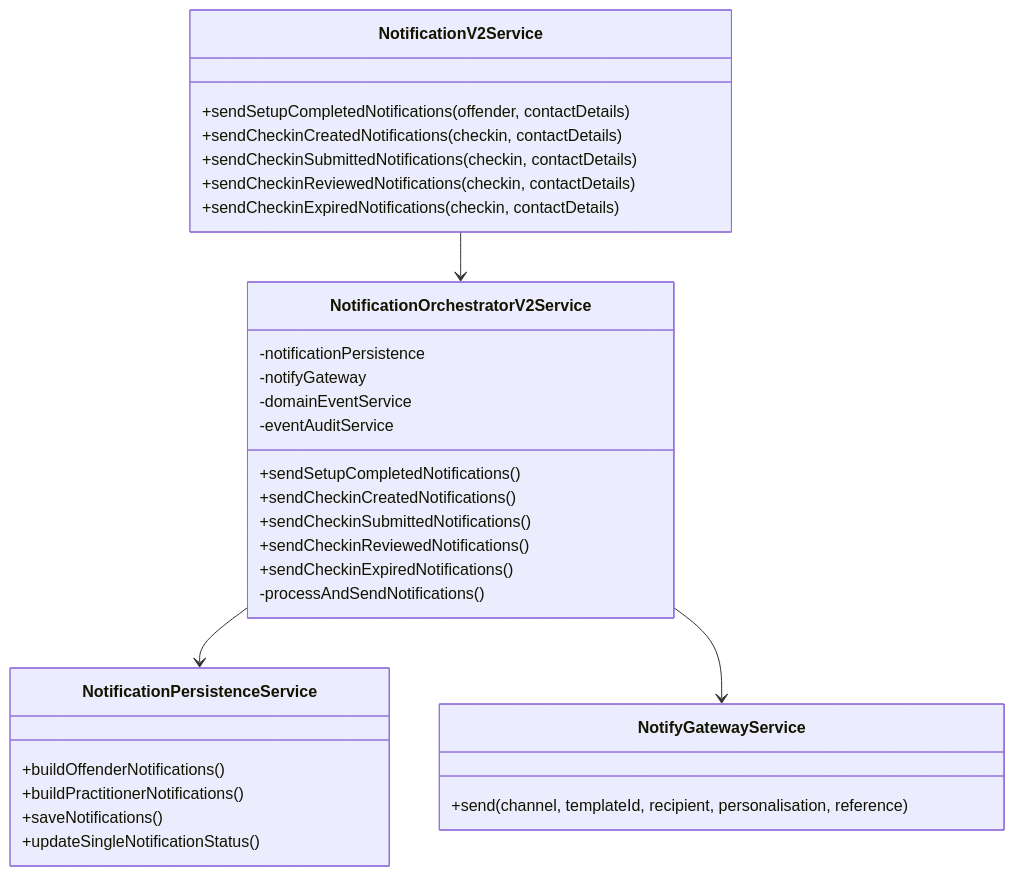
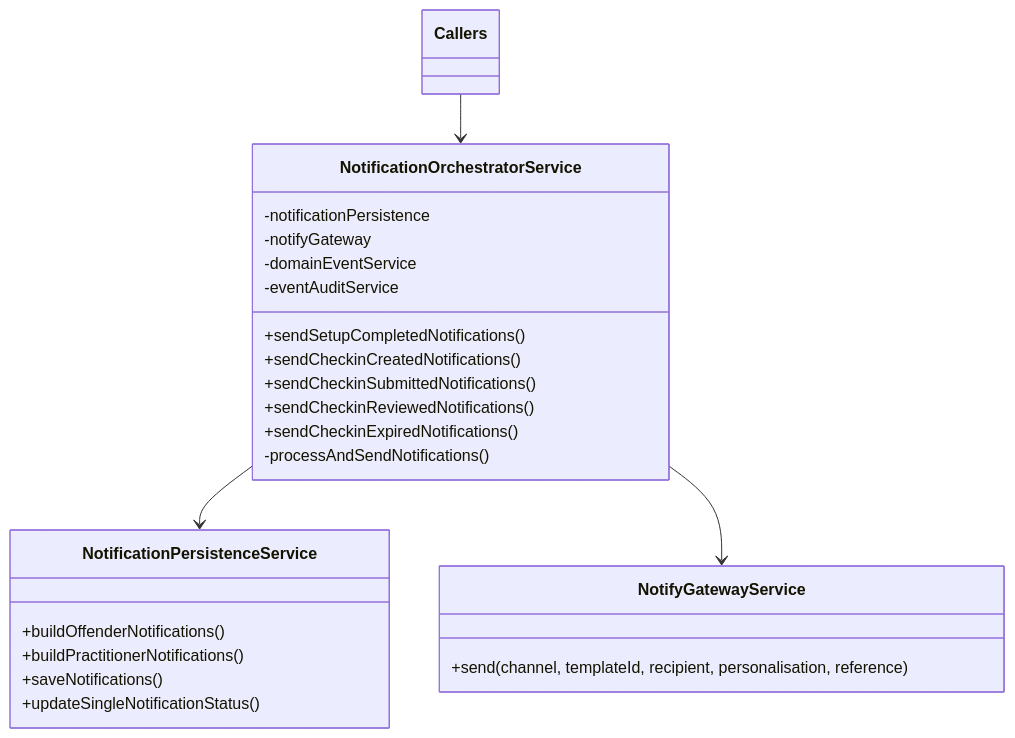
One commit to ministryofjustice/hmpps-esupervision-api changed the third of 3 diagrams in docs/v2/NOTIFICATIONS.md. Above: the diagram before and after it, drawn with Mermaid. The commit also changed other lines of this file and 23 other files, not shown here.

First line of the commit message:
remove NotificationService

````diff
--- a/docs/v2/NOTIFICATIONS.md
+++ b/docs/v2/NOTIFICATIONS.md
@@ -114,38 +116,30 @@
 ```mermaid
 classDiagram
-    class NotificationV2Service {
-        +sendSetupCompletedNotifications(offender, contactDetails)
-        +sendCheckinCreatedNotifications(checkin, contactDetails)
-        +sendCheckinSubmittedNotifications(checkin, contactDetails)
-        +sendCheckinReviewedNotifications(checkin, contactDetails)
-        +sendCheckinExpiredNotifications(checkin, contactDetails)
-    }
-
-    class NotificationOrchestratorV2Service {
+    class NotificationOrchestratorService {
         -notificationPersistence
         -notifyGateway
         -domainEventService
         -eventAuditService
         +sendSetupCompletedNotifications()
         +sendCheckinCreatedNotifications()
         +sendCheckinSubmittedNotifications()
         +sendCheckinReviewedNotifications()
         +sendCheckinExpiredNotifications()
         -processAndSendNotifications()
     }
 
     class NotificationPersistenceService {
         +buildOffenderNotifications()
         +buildPractitionerNotifications()
         +saveNotifications()
         +updateSingleNotificationStatus()
     }
 
     class NotifyGatewayService {
         +send(channel, templateId, recipient, personalisation, reference)
     }
 
-    NotificationV2Service --> NotificationOrchestratorV2Service
-    NotificationOrchestratorV2Service --> NotificationPersistenceService
-    NotificationOrchestratorV2Service --> NotifyGatewayService
+    Callers --> NotificationOrchestratorService
+    NotificationOrchestratorService --> NotificationPersistenceService
+    NotificationOrchestratorService --> NotifyGatewayService
 ```
````
